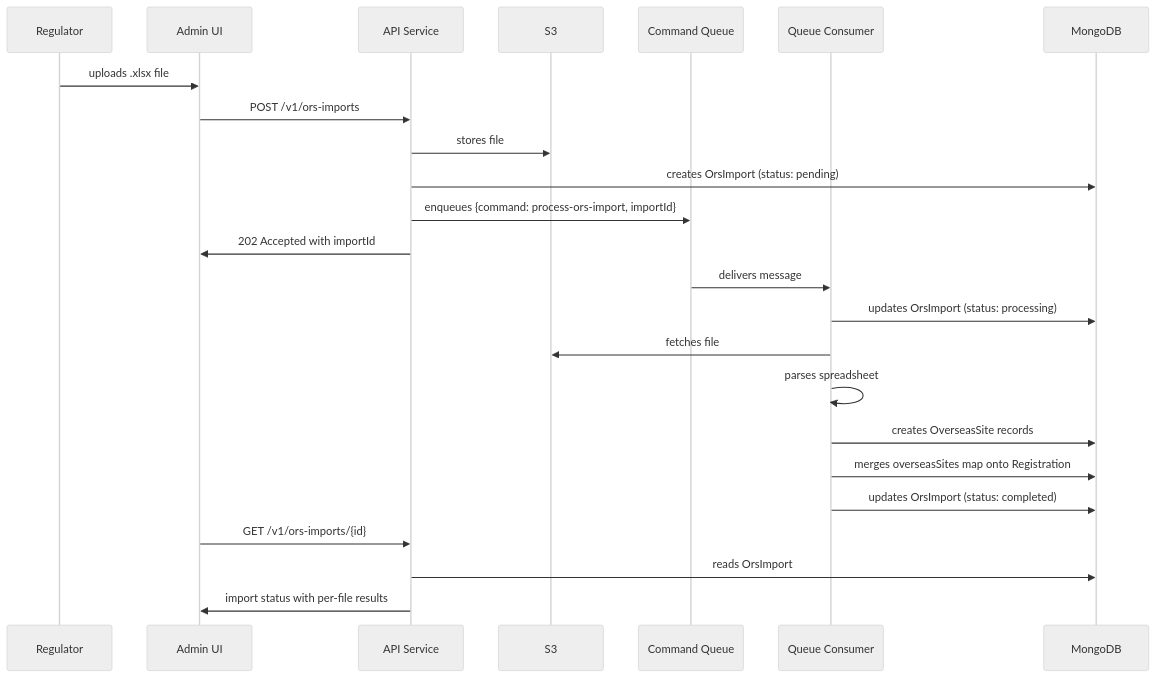
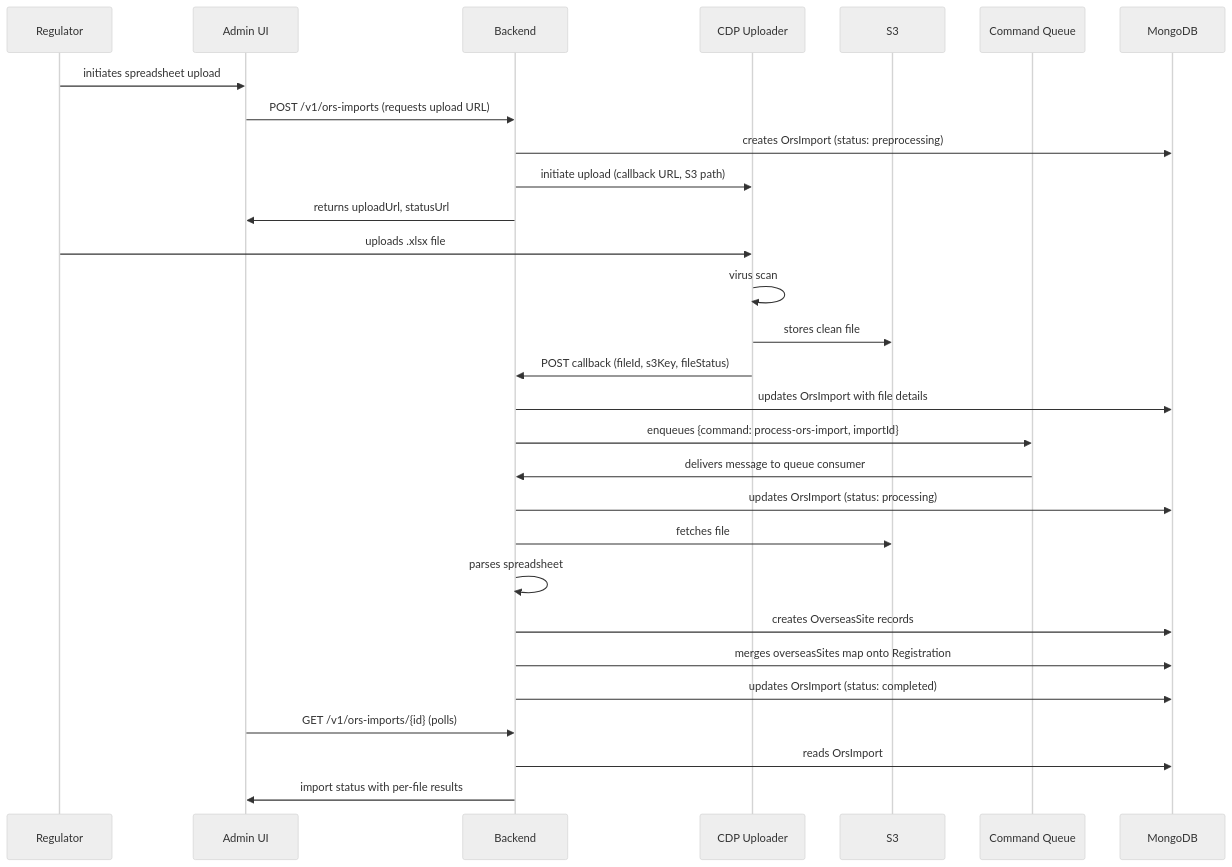
Before and after one commit to DEFRA/epr-re-ex-service: the third of 3 diagrams in docs/architecture/discovery/ors-management.md, drawn with Mermaid (neutral theme). The commit also changed other lines of this file, not shown here.

Commit message:
PAE-763: fix upload diagrams to reflect CDP Uploader flow
Frontend gets upload URL from backend, uploads directly to CDP
Uploader which handles S3 storage and virus scanning, then
calls back to the backend. Same pattern as summary logs.

````diff
--- a/docs/architecture/discovery/ors-management.md
+++ b/docs/architecture/discovery/ors-management.md
@@ -225,29 +234,35 @@
 ```mermaid
 sequenceDiagram
   participant Regulator
   participant Admin UI
-  participant API Service
+  participant Backend
+  participant CDP Uploader
   participant S3
   participant SQS as Command Queue
-  participant Queue Consumer
   participant MongoDB
 
-  Regulator->>Admin UI: uploads .xlsx file
-  Admin UI->>API Service: POST /v1/ors-imports
-  API Service->>S3: stores file
-  API Service->>MongoDB: creates OrsImport (status: pending)
-  API Service->>SQS: enqueues {command: process-ors-import, importId}
-  API Service->>Admin UI: 202 Accepted with importId
+  Regulator->>Admin UI: initiates spreadsheet upload
+  Admin UI->>Backend: POST /v1/ors-imports (requests upload URL)
+  Backend->>MongoDB: creates OrsImport (status: preprocessing)
+  Backend->>CDP Uploader: initiate upload (callback URL, S3 path)
+  Backend->>Admin UI: returns uploadUrl, statusUrl
 
-  SQS->>Queue Consumer: delivers message
-  Queue Consumer->>MongoDB: updates OrsImport (status: processing)
-  Queue Consumer->>S3: fetches file
-  Queue Consumer->>Queue Consumer: parses spreadsheet
-  Queue Consumer->>MongoDB: creates OverseasSite records
-  Queue Consumer->>MongoDB: merges overseasSites map onto Registration
-  Queue Consumer->>MongoDB: updates OrsImport (status: completed)
+  Regulator->>CDP Uploader: uploads .xlsx file
+  CDP Uploader->>CDP Uploader: virus scan
+  CDP Uploader->>S3: stores clean file
+  CDP Uploader->>Backend: POST callback (fileId, s3Key, fileStatus)
+  Backend->>MongoDB: updates OrsImport with file details
+  Backend->>SQS: enqueues {command: process-ors-import, importId}
 
-  Admin UI->>API Service: GET /v1/ors-imports/{id}
-  API Service->>MongoDB: reads OrsImport
-  API Service->>Admin UI: import status with per-file results
+  SQS->>Backend: delivers message to queue consumer
+  Backend->>MongoDB: updates OrsImport (status: processing)
+  Backend->>S3: fetches file
+  Backend->>Backend: parses spreadsheet
+  Backend->>MongoDB: creates OverseasSite records
+  Backend->>MongoDB: merges overseasSites map onto Registration
+  Backend->>MongoDB: updates OrsImport (status: completed)
+
+  Admin UI->>Backend: GET /v1/ors-imports/{id} (polls)
+  Backend->>MongoDB: reads OrsImport
+  Backend->>Admin UI: import status with per-file results
 ```
````
